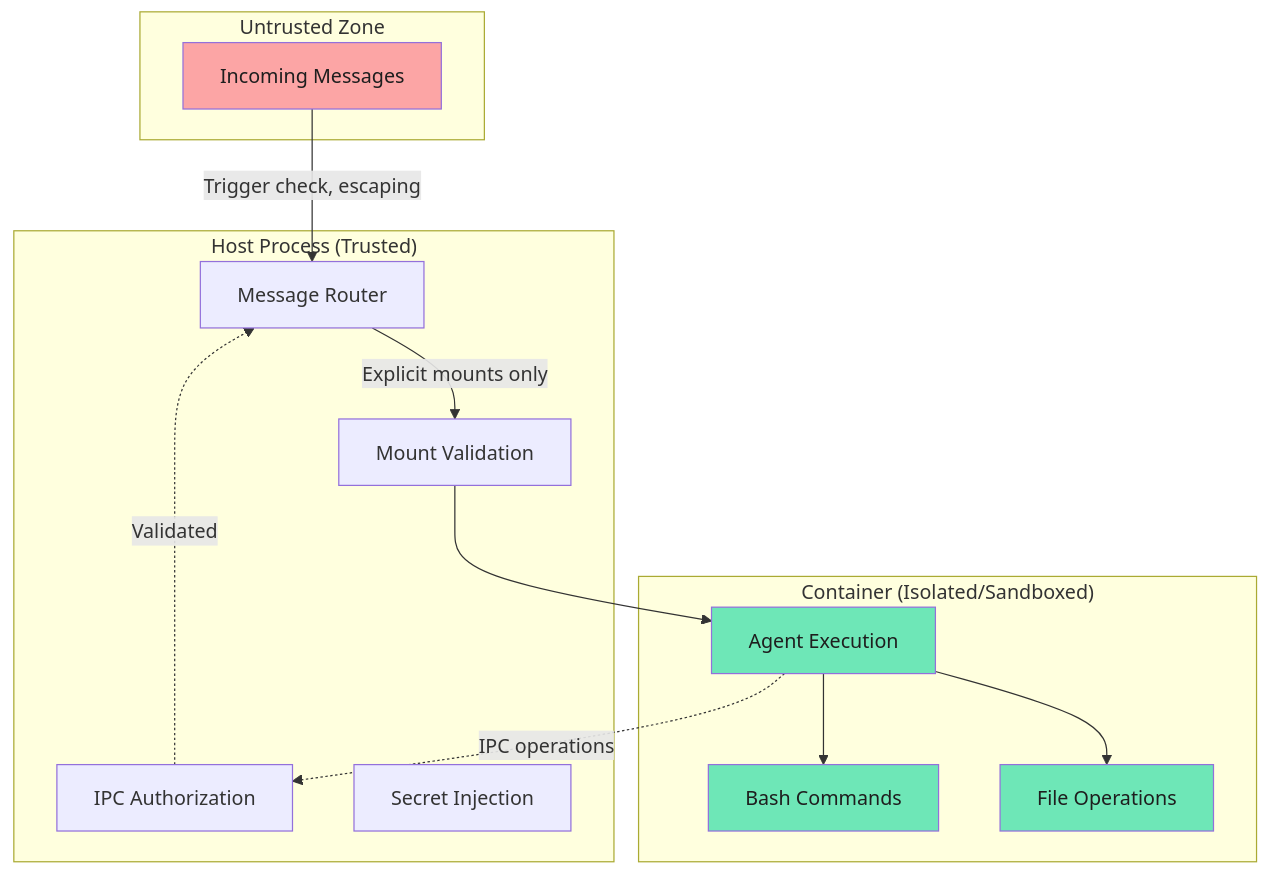
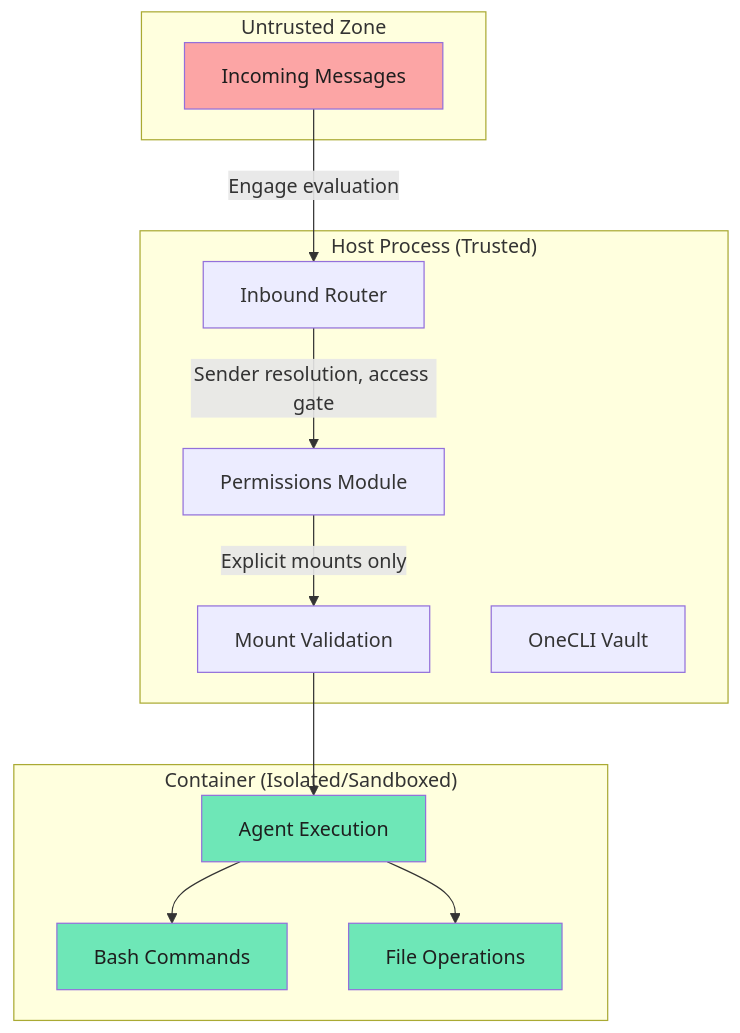
Before and after one commit to glifocat/nanoclaw-docs: the diagram in concepts/security.mdx, drawn with Mermaid. The commit also changed other lines of this file and 14 other files, not shown here.

First line of the commit message:
docs: update documentation for v2.0.0 architectural rewrite (#187)

````diff
--- a/concepts/security.mdx
+++ b/concepts/security.mdx
@@ -36,32 +34,31 @@
 ```mermaid
 graph TB
     subgraph "Untrusted Zone"
         MSG[Incoming Messages]
     end
 
     subgraph "Host Process (Trusted)"
-        RT[Message Router]
-        IPC[IPC Authorization]
+        RT[Inbound Router]
+        PERM[Permissions Module]
         MV[Mount Validation]
-        CF[Secret Injection]
+        CF[OneCLI Vault]
     end
 
     subgraph "Container (Isolated/Sandboxed)"
         AG[Agent Execution]
         BA[Bash Commands]
         FO[File Operations]
     end
 
-    MSG -->|Trigger check, escaping| RT
-    RT -->|Explicit mounts only| MV
+    MSG -->|Engage evaluation| RT
+    RT -->|Sender resolution, access gate| PERM
+    PERM -->|Explicit mounts only| MV
     MV --> AG
-    AG -.->|IPC operations| IPC
-    IPC -.->|Validated| RT
     AG --> BA
     AG --> FO
 
     style MSG fill:#fca5a5,color:#1e1e1e
     style AG fill:#6ee7b7,color:#1e1e1e
     style BA fill:#6ee7b7,color:#1e1e1e
     style FO fill:#6ee7b7,color:#1e1e1e
 ```
````
